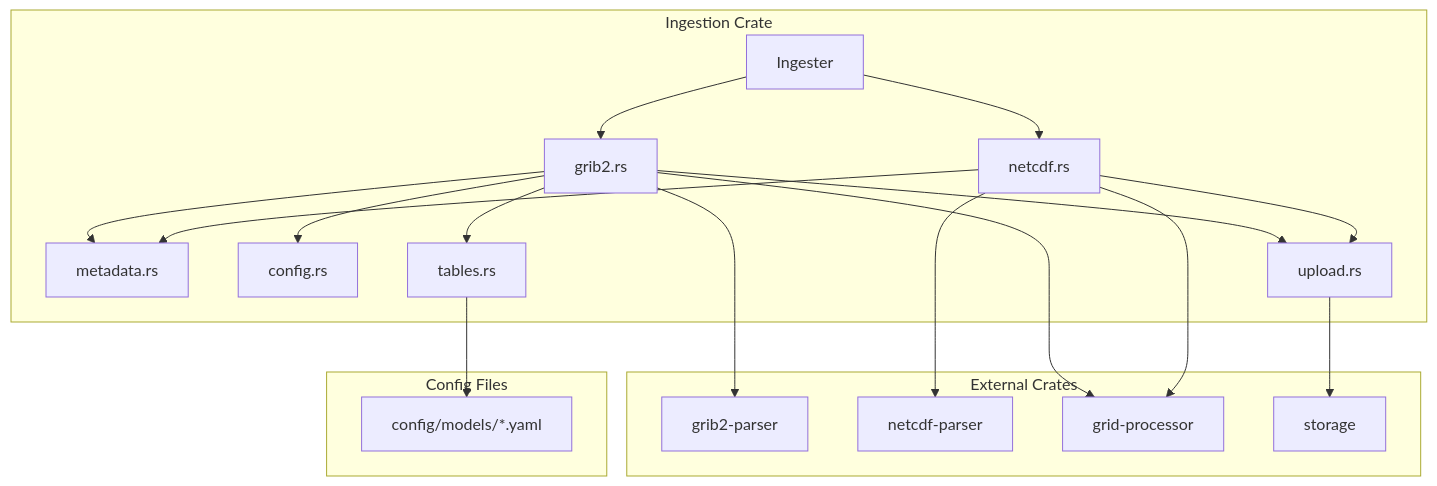
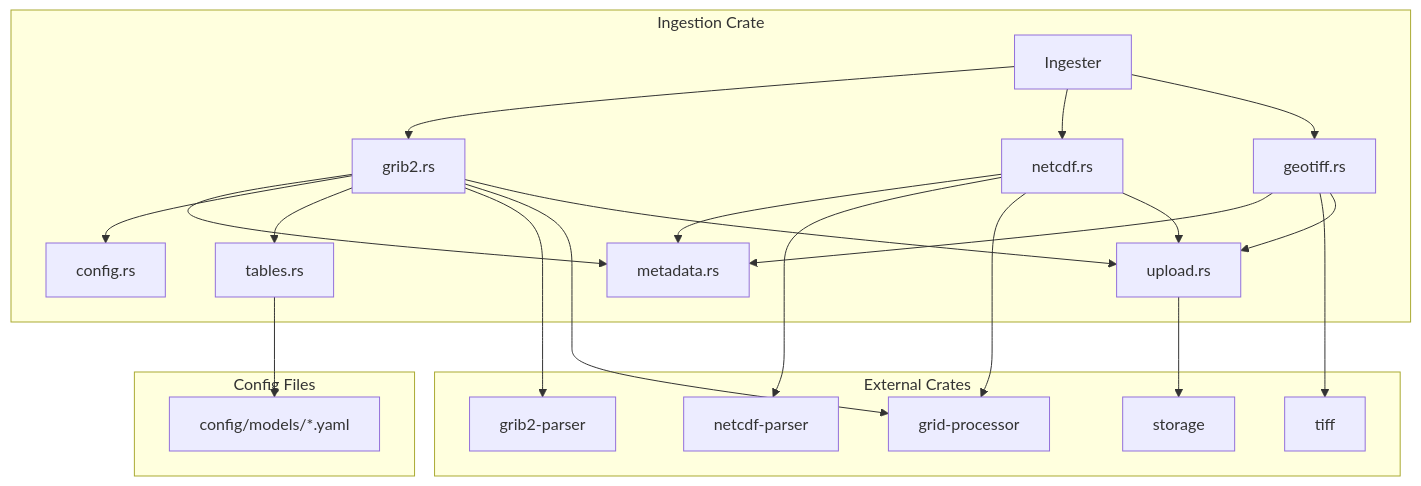
Before and after one commit to JoegottabeGitenme/JoeGCServices: the diagram in docs/src/crates/ingestion.md, drawn with Mermaid. The commit also changed other lines of this file and 6 other files, not shown here.

````diff
--- a/docs/src/crates/ingestion.md
+++ b/docs/src/crates/ingestion.md
@@ -13,39 +13,45 @@
 ```mermaid
 graph TB
     subgraph "Ingestion Crate"
         Ingester["Ingester"]
         GRIB["grib2.rs"]
         NetCDF["netcdf.rs"]
+        GeoTIFF["geotiff.rs"]
         Metadata["metadata.rs"]
         Config["config.rs"]
         Tables["tables.rs"]
         Upload["upload.rs"]
     end
     
     subgraph "External Crates"
         GP[grib2-parser]
         NP[netcdf-parser]
+        TIFF[tiff]
         GridProc[grid-processor]
         Storage[storage]
     end
     
     subgraph "Config Files"
         YAML["config/models/*.yaml"]
     end
     
     Ingester --> GRIB
     Ingester --> NetCDF
+    Ingester --> GeoTIFF
     GRIB --> Metadata
     GRIB --> Config
     GRIB --> Tables
     NetCDF --> Metadata
+    GeoTIFF --> Metadata
     Tables --> YAML
     
     GRIB --> GP
     NetCDF --> NP
+    GeoTIFF --> TIFF
     GRIB --> GridProc
     NetCDF --> GridProc
+    GeoTIFF --> Upload
     GRIB --> Upload
     NetCDF --> Upload
     Upload --> Storage
 ```
````
